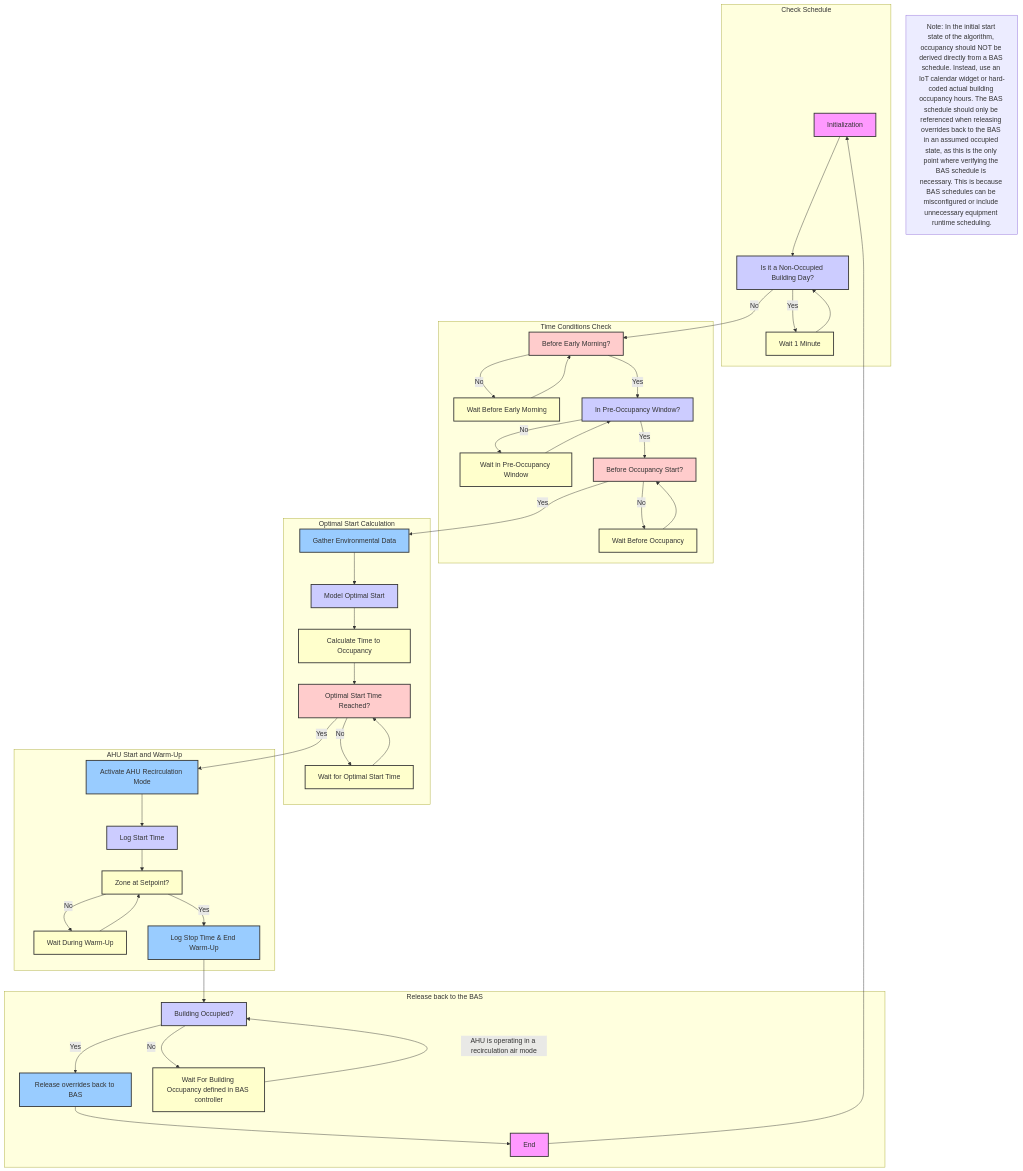
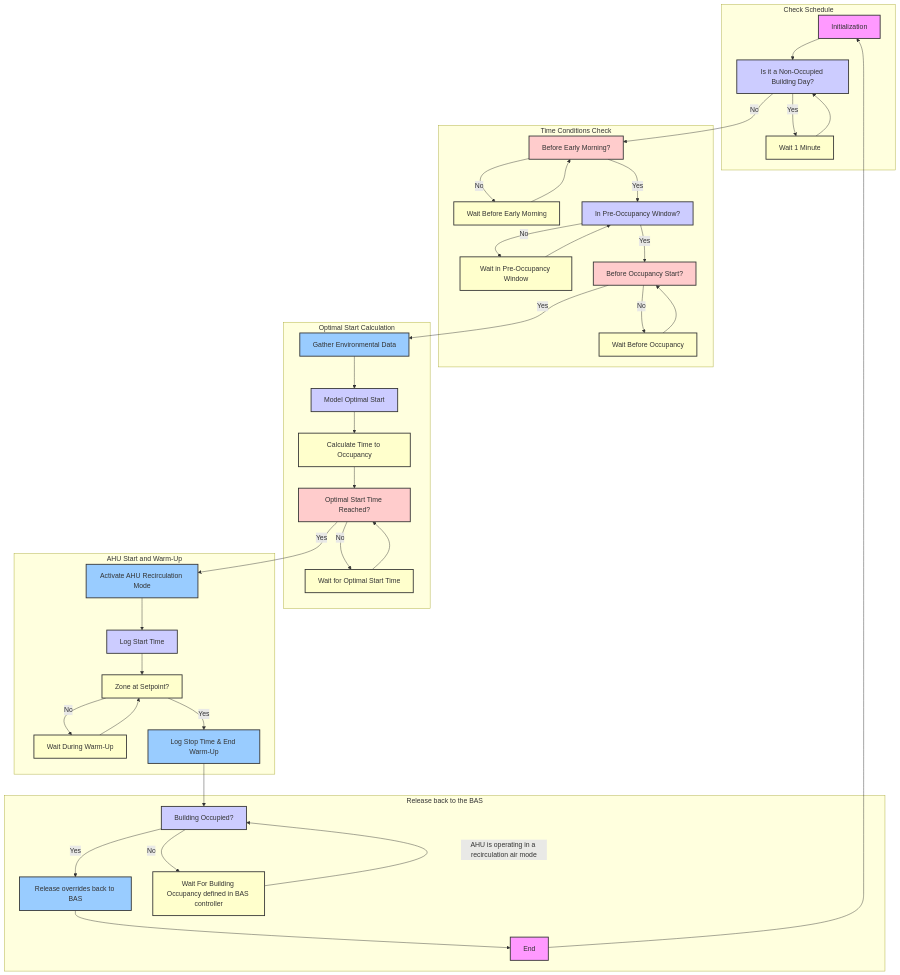
Before and after one commit to bbartling/OptimalStartStopHvac: the diagram in OptimalStartStop/README.md, drawn with Mermaid. The commit also changed 2 other files, not shown here.

Commit message:
updated mermaids

````diff
--- a/OptimalStartStop/README.md
+++ b/OptimalStartStop/README.md
@@ -89,6 +89,4 @@
 style HandoffToBAS fill:#9cf,stroke:#333,stroke-width:2px
 style End fill:#f9f,stroke:#333,stroke-width:2px
 
-%% Additional Notes for Context
-Note["Note: In the initial start state of the algorithm, occupancy should NOT be derived directly from a BAS schedule. Instead, use an IoT calendar widget or hard-coded actual building occupancy hours. The BAS schedule should only be referenced when releasing overrides back to the BAS in an assumed occupied state, as this is the only point where verifying the BAS schedule is necessary. This is because BAS schedules can be misconfigured or include unnecessary equipment runtime scheduling."]
 ```
````
